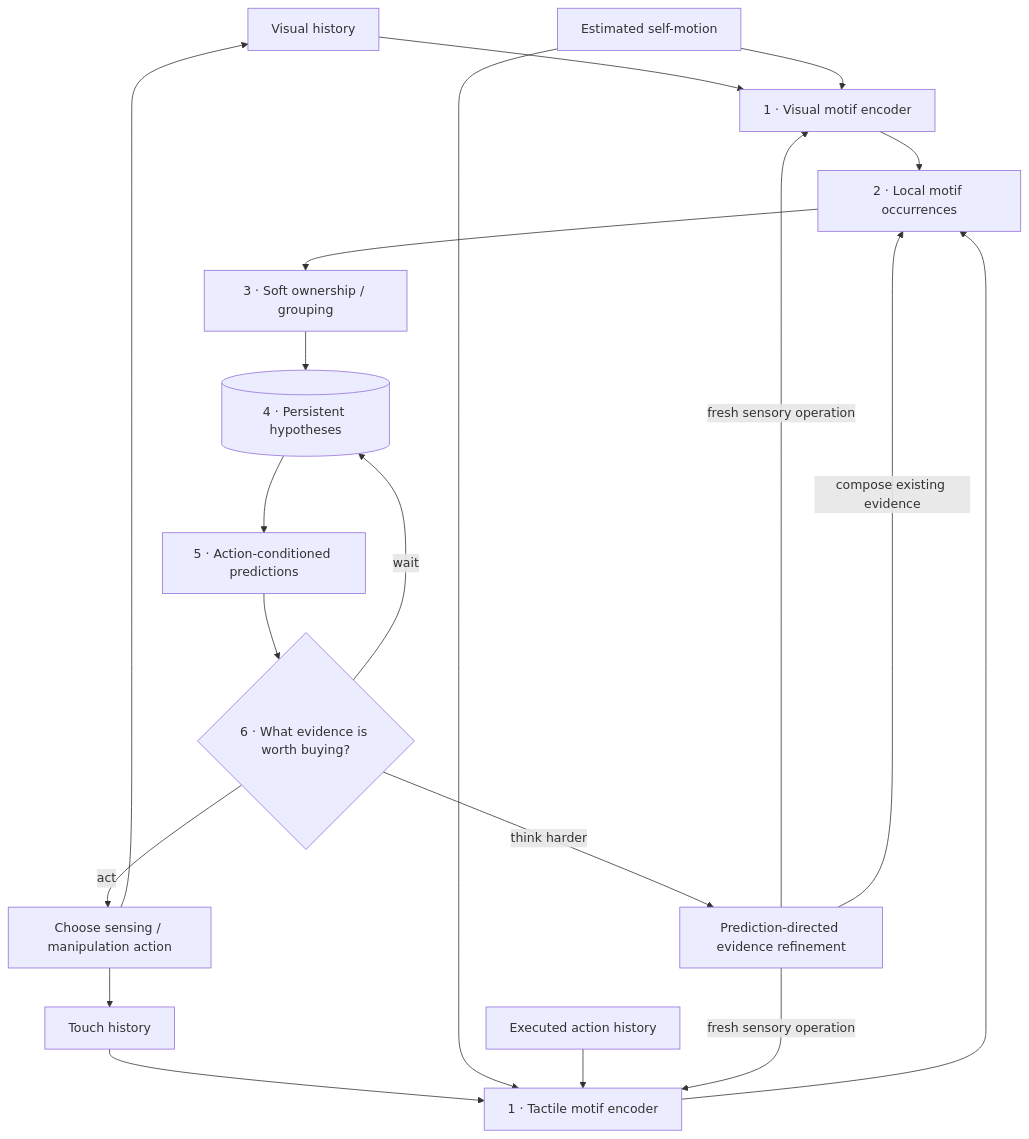
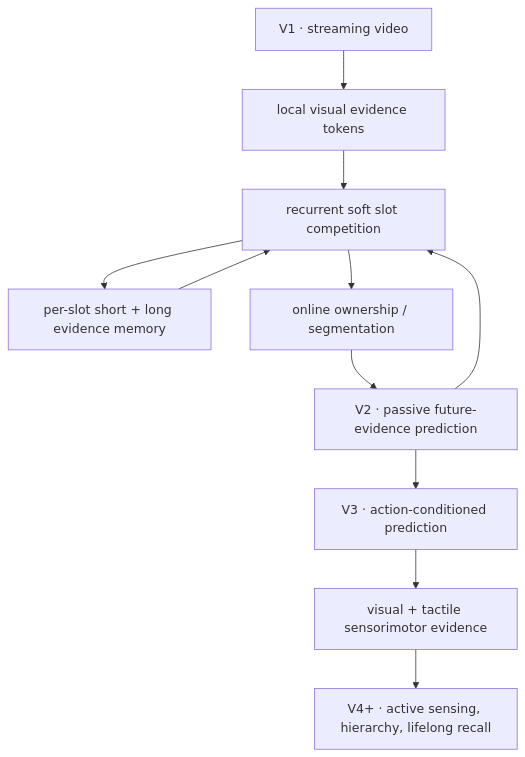
One commit to spencerbug/spencerbug.github.io changed the first of 2 diagrams in _posts/2026-09-22-predictive-sensorimotor-grouping.md. Above: the diagram before and after it, drawn with Mermaid. The commit also changed other lines of this file, not shown here.

Commit message:
Refocus PSG post on streaming recurrent-slot V1

```diff
--- a/_posts/2026-09-22-predictive-sensorimotor-grouping.md
+++ b/_posts/2026-09-22-predictive-sensorimotor-grouping.md
@@ -53,28 +47,16 @@
 ~~~mermaid
 flowchart TD
-    V["Visual history"] --> VE["1 · Visual motif encoder"]
-    T["Touch history"] --> TE["1 · Tactile motif encoder"]
-    M["Estimated self-motion"] --> VE
-    M --> TE
-    A0["Executed action history"] --> TE
+    V["V1 · streaming video"] --> E["local visual evidence tokens"]
+    E --> S["recurrent soft slot competition"]
+    S --> M["per-slot short + long evidence memory"]
+    M --> S
+    S --> O["online ownership / segmentation"]
 
-    VE --> O["2 · Local motif occurrences"]
-    TE --> O
+    O --> P["V2 · passive future-evidence prediction"]
+    P --> S
 
-    O --> G["3 · Soft ownership / grouping"]
-    G --> H[("4 · Persistent hypotheses")]
+    P --> A["V3 · action-conditioned prediction"]
+    A --> T["visual + tactile sensorimotor evidence"]
 
-    H --> P["5 · Action-conditioned predictions"]
-    P --> D{"6 · What evidence is worth buying?"}
-
-    D -->|"think harder"| R["Prediction-directed evidence refinement"]
-    R -->|"fresh sensory operation"| VE
-    R -->|"fresh sensory operation"| TE
-    R -->|"compose existing evidence"| O
-
-    D -->|"act"| A1["Choose sensing / manipulation action"]
-    A1 --> V
-    A1 --> T
-
-    D -->|"wait"| H
+    T --> X["V4+ · active sensing, hierarchy, lifelong recall"]
 ~~~
```
